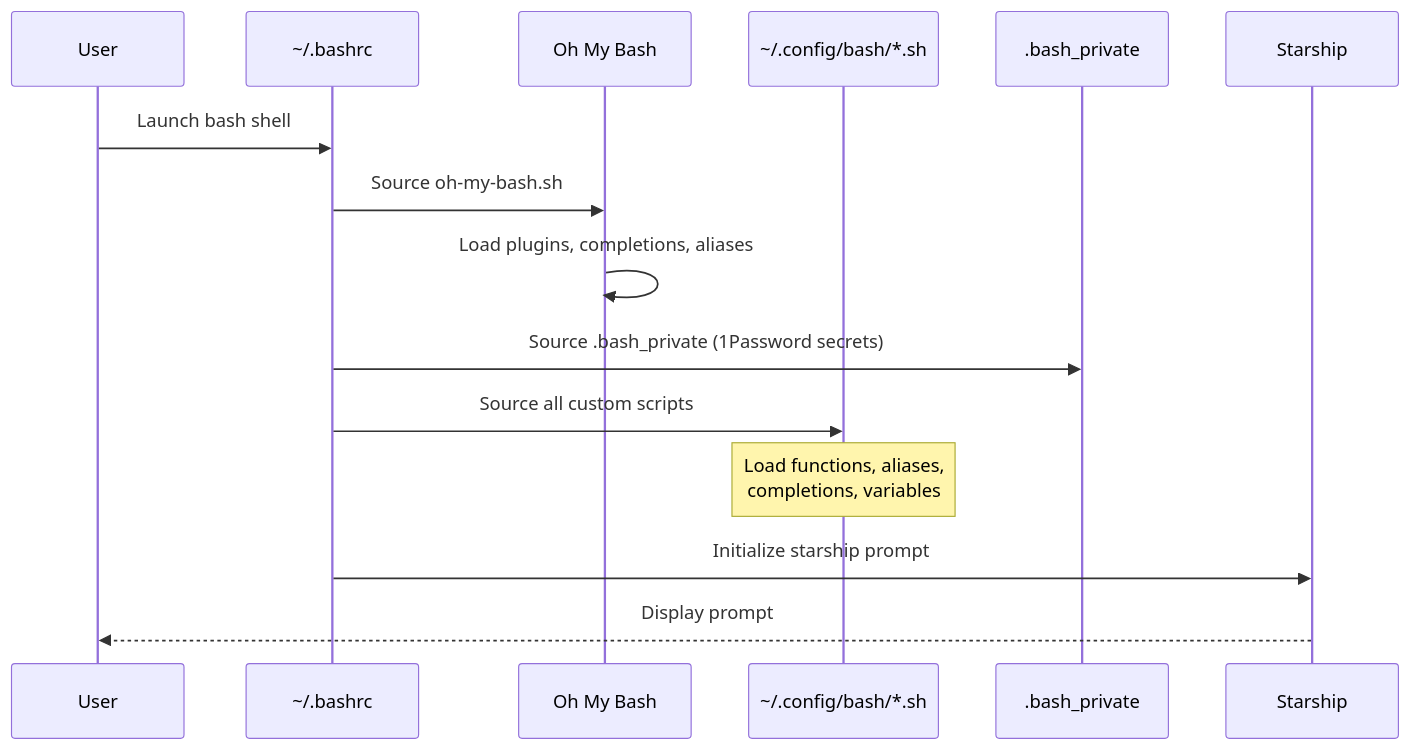
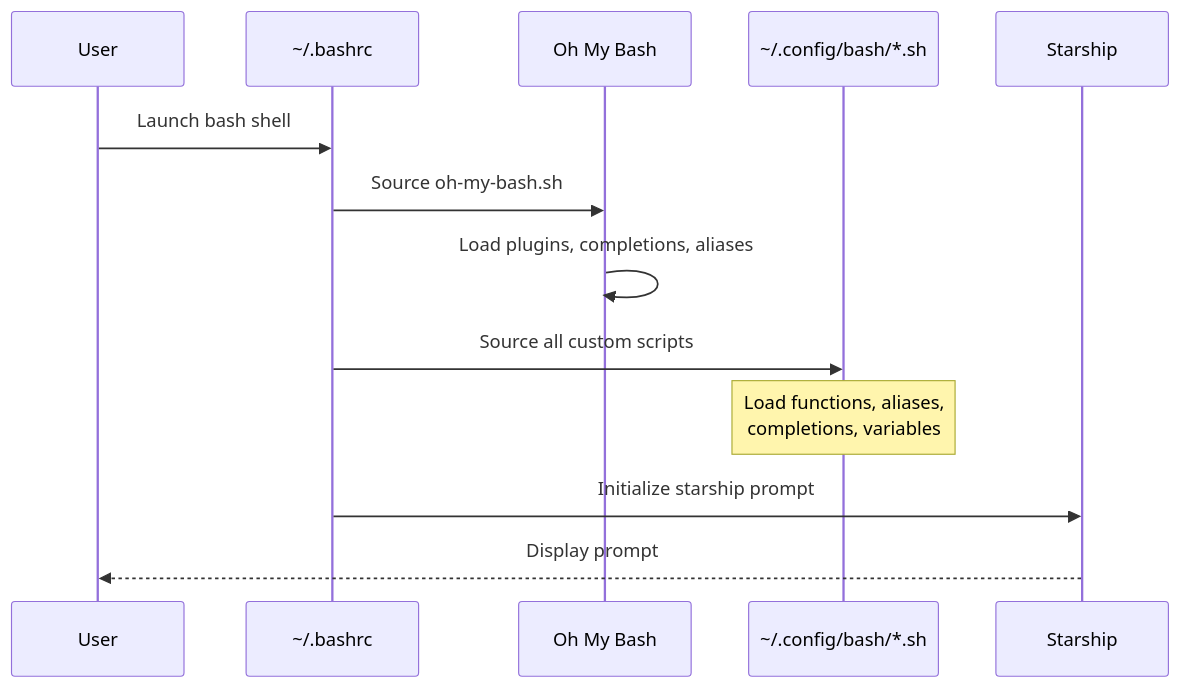
One commit to uarslandev/infra changed the second of 2 diagrams in dotfiles/roles/bash/README.md. Above: the diagram before and after it, drawn with Mermaid. The commit also changed other lines of this file and 670 other files, not shown here.

````diff
--- a/dotfiles/roles/bash/README.md
+++ b/dotfiles/roles/bash/README.md
@@ -280,18 +284,16 @@
 ```mermaid
 sequenceDiagram
     participant User
     participant bashrc as ~/.bashrc
     participant OMB as Oh My Bash
     participant Custom as ~/.config/bash/*.sh
-    participant Private as .bash_private
     participant Starship
 
     User->>bashrc: Launch bash shell
     bashrc->>OMB: Source oh-my-bash.sh
     OMB->>OMB: Load plugins, completions, aliases
-    bashrc->>Private: Source .bash_private (1Password secrets)
     bashrc->>Custom: Source all custom scripts
     Note over Custom: Load functions, aliases,<br/>completions, variables
     bashrc->>Starship: Initialize starship prompt
     Starship-->>User: Display prompt
 ```
````
